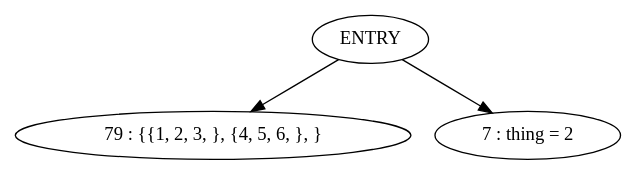
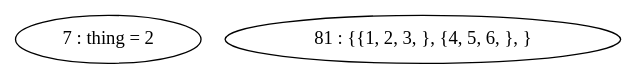
Before and after one commit to thomassimko/thesis-code-duplication: the diagram in target/classes/pdg/source/testFile-getArray.gv, drawn with Graphviz. The commit also changed 113 other files, not shown here.

```diff
--- a/target/classes/pdg/source/testFile-getArray.gv
+++ b/target/classes/pdg/source/testFile-getArray.gv
@@ -1,4 +1,4 @@
 digraph G {
-ENTRY -> "79 : {{1, 2, 3, }, {4, 5, 6, }, }"
-ENTRY -> "7 : thing = 2"
+"7 : thing = 2"
+"81 : {{1, 2, 3, }, {4, 5, 6, }, }"
 }
```
